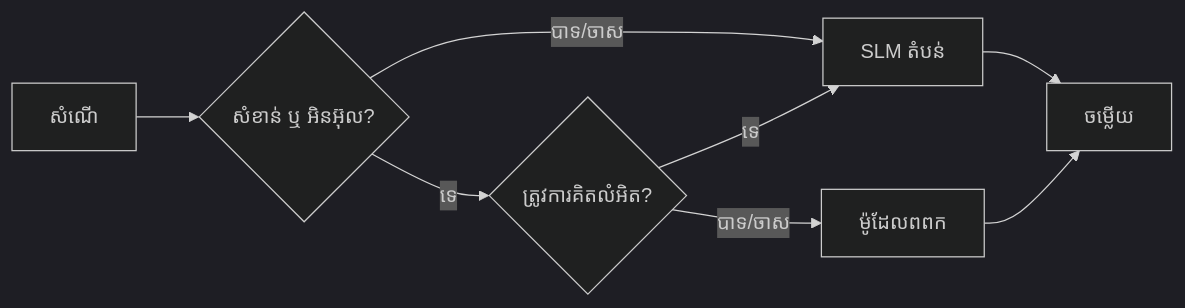
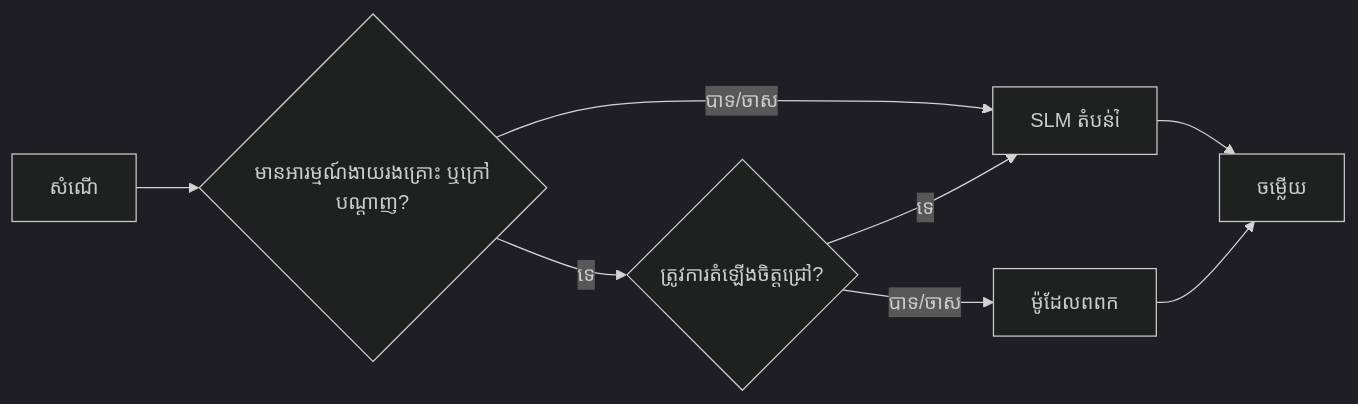
The fourth of 4 diagrams in mirrors/repos/microsoft@ai-agents-for-beginners/translations/km/17-creating-local-ai-agents/README.md (gabrielmoreira/agent-skills-mirror), drawn with Mermaid (dark theme) before and after one commit. The commit also changed other lines of this file and 4262 other files, not shown here.

````diff
--- a/mirrors/repos/microsoft@ai-agents-for-beginners/translations/km/17-creating-local-ai-agents/README.md
+++ b/mirrors/repos/microsoft@ai-agents-for-beginners/translations/km/17-creating-local-ai-agents/README.md
@@ -156,10 +156,10 @@
 ```mermaid
 flowchart LR
-    Q[សំណើ] --> S{សំខាន់ ឬ អិនអ៊ុល?}
-    S -->|បាទ/ចាស| L[SLM តំបន់]
-    S -->|ទេ| C{ត្រូវការគិតលំអិត?}
+    Q[សំណើ] --> S{មានអារម្មណ៍ងាយរងគ្រោះ ឬក្រៅបណ្តាញ?}
+    S -->|បាទ/ចាស| L[SLM តំបន់ἷ]
+    S -->|ទេ| C{ត្រូវការតំឡើងចិត្តជ្រៅ?}
     C -->|ទេ| L
     C -->|បាទ/ចាស| Cloud[ម៉ូដែលពពក]
     L --> Out[ចម្លើយ]
     Cloud --> Out
 ```
````
